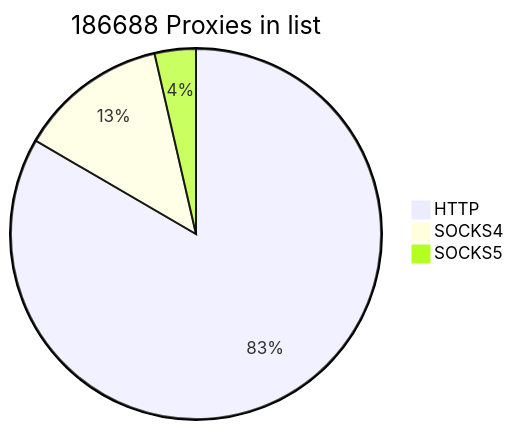
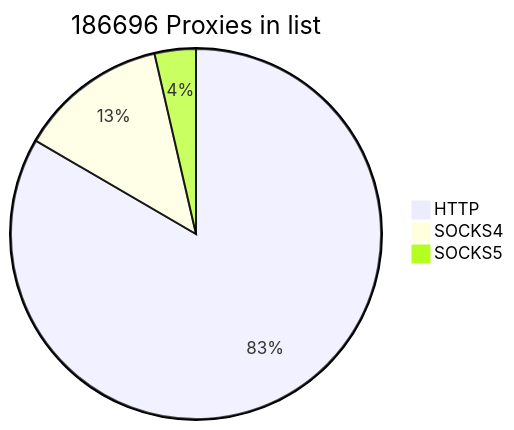
Before and after one commit to cutipu/proxylist: the first of 2 diagrams in README.md, drawn with Mermaid. The commit also changed other lines of this file, not shown here.

````diff
--- a/README.md
+++ b/README.md
@@ -2,7 +2,7 @@
 ```mermaid
-pie title 186688 Proxies in list
+pie title 186696 Proxies in list
     "HTTP" : 155676
     "SOCKS4" : 24296
-    "SOCKS5" : 6716
+    "SOCKS5" : 6724
             
 ```
````
